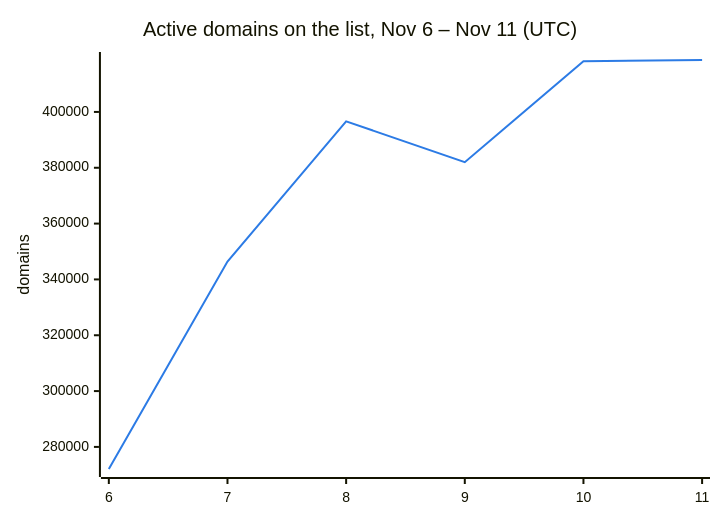
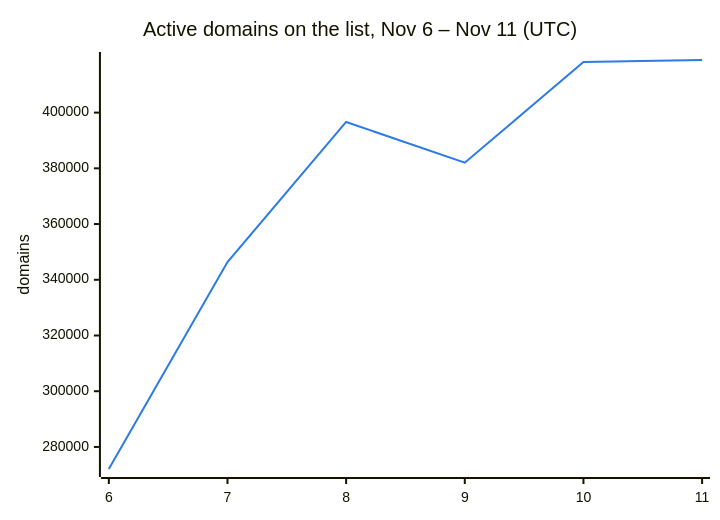
One commit to DNSBunker/CTI changed the second of 3 diagrams in README.md. Above: the diagram before and after it, drawn with Mermaid. The commit also changed other lines of this file and 3 other files, not shown here.

````diff
--- a/README.md
+++ b/README.md
@@ -38,8 +38,8 @@
 ```mermaid
 %%{init: {"themeVariables": {"xyChart": {"plotColorPalette": "#2c7be5"}}}}%%
 xychart-beta
     title "Active domains on the list, Nov 6 – Nov 11 (UTC)"
     x-axis ["6", "7", "8", "9", "10", "11"]
     y-axis "domains"
-    line [272088, 346388, 396638, 382009, 418143, 418602]
+    line [272088, 346388, 396638, 382009, 418143, 418880]
 ```
````
